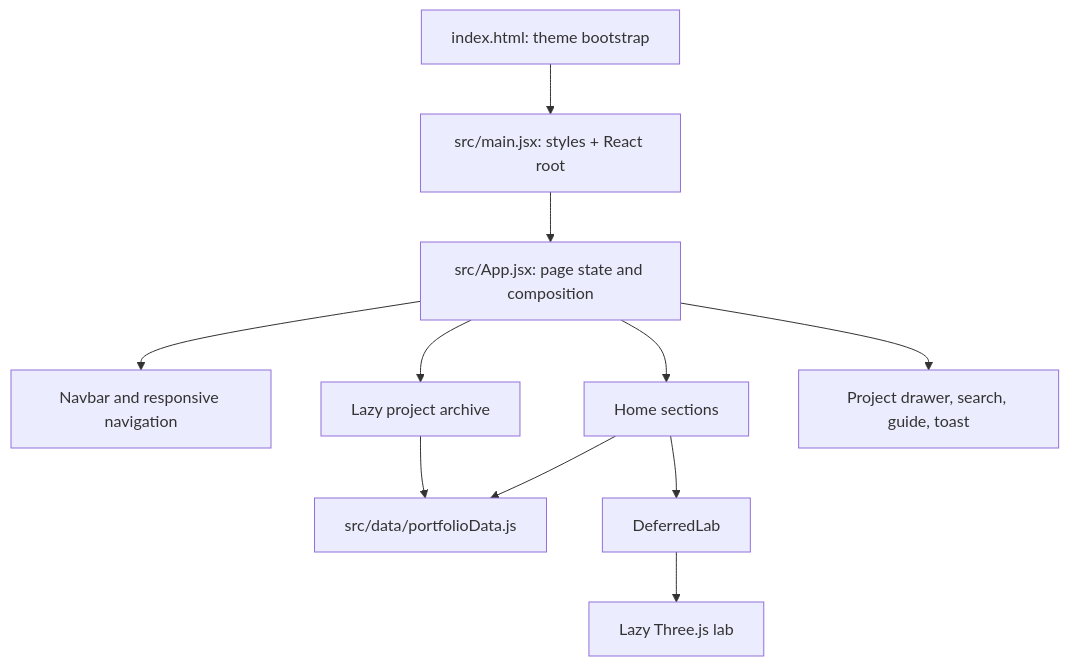
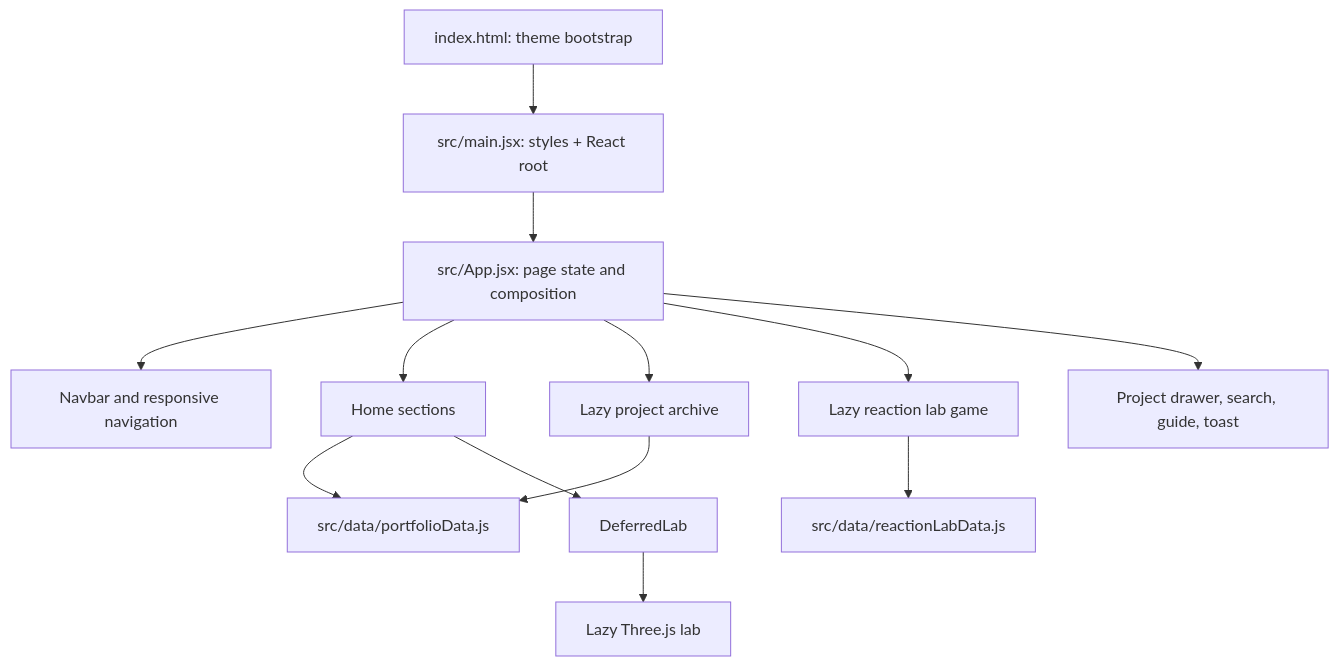
Before and after one commit to ardhrubo/portfolio: the diagram in docs/ARCHITECTURE.md, drawn with Mermaid. The commit also changed other lines of this file and 10 other files, not shown here.

Commit message:
feat: add Reaction Lab view and integrate it into routing and navigation

````diff
--- a/docs/ARCHITECTURE.md
+++ b/docs/ARCHITECTURE.md
@@ -21,13 +21,15 @@
 ```mermaid
 flowchart TD
   Entry[index.html: theme bootstrap] --> Main[src/main.jsx: styles + React root]
   Main --> App[src/App.jsx: page state and composition]
   App --> Nav[Navbar and responsive navigation]
   App --> Home[Home sections]
   App --> Archive[Lazy project archive]
+  App --> ReactionLab[Lazy reaction lab game]
   App --> Overlay[Project drawer, search, guide, toast]
   Home --> Data[src/data/portfolioData.js]
   Archive --> Data
+  ReactionLab --> GameData[src/data/reactionLabData.js]
   Home --> Deferred[DeferredLab]
   Deferred --> Three[Lazy Three.js lab]
 ```
````
